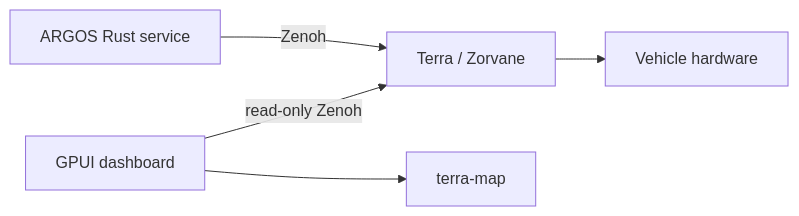
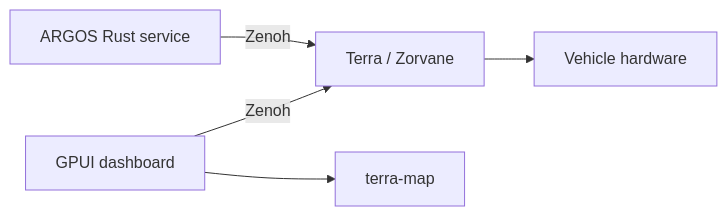
Before and after one commit to Super-Yojan/ARGOS: the diagram in docs/index.md, drawn with Mermaid. The commit also changed other lines of this file and 24 other files, not shown here.

````diff
--- a/docs/index.md
+++ b/docs/index.md
@@ -5,7 +5,7 @@
 ```mermaid
 flowchart LR
-  operator[GPUI dashboard] -->|read-only Zenoh| bus[Terra / Zorvane]
+  operator[GPUI dashboard] -->|Zenoh| bus[Terra / Zorvane]
   operator --> tiles[terra-map]
   service[ARGOS Rust service] -->|Zenoh| bus
   bus --> motors[Vehicle hardware]
 ```
````
